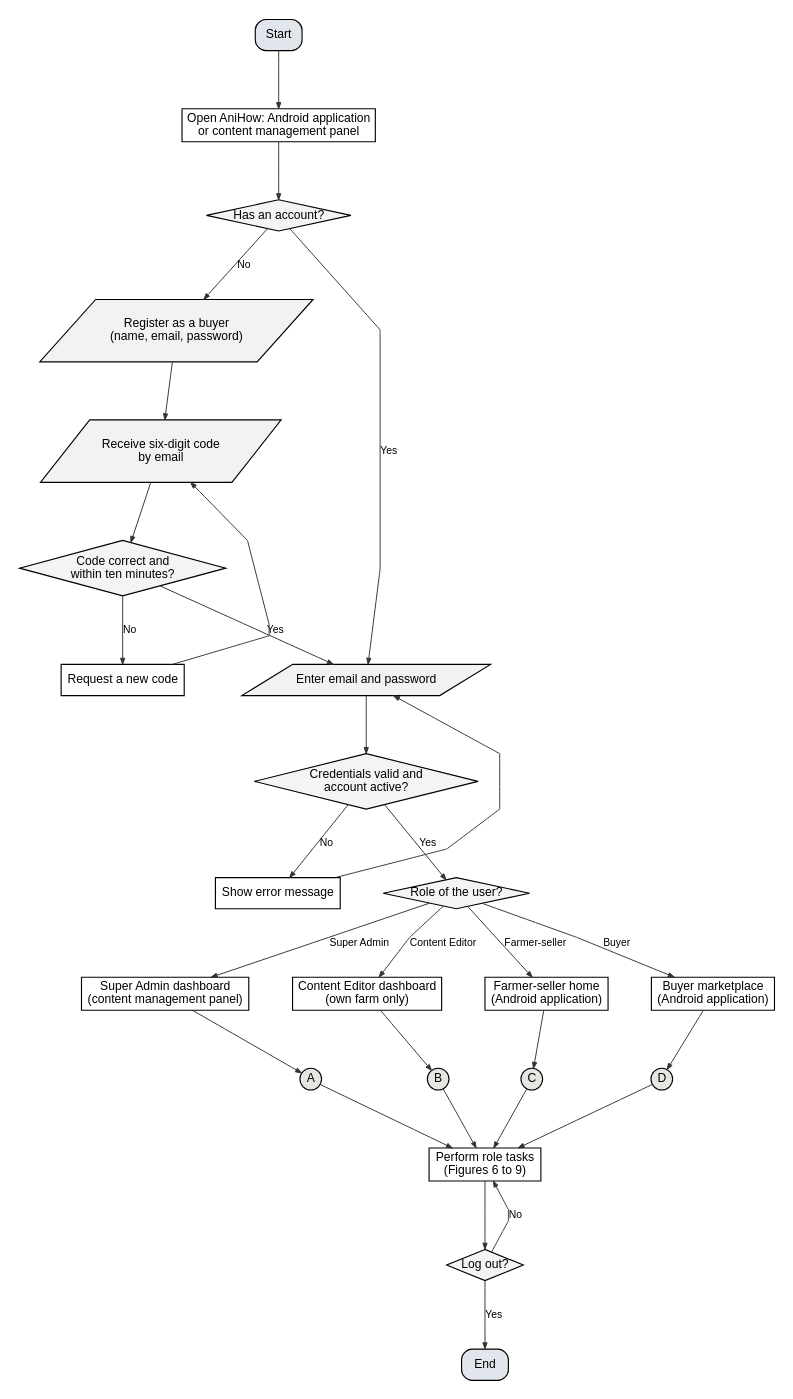
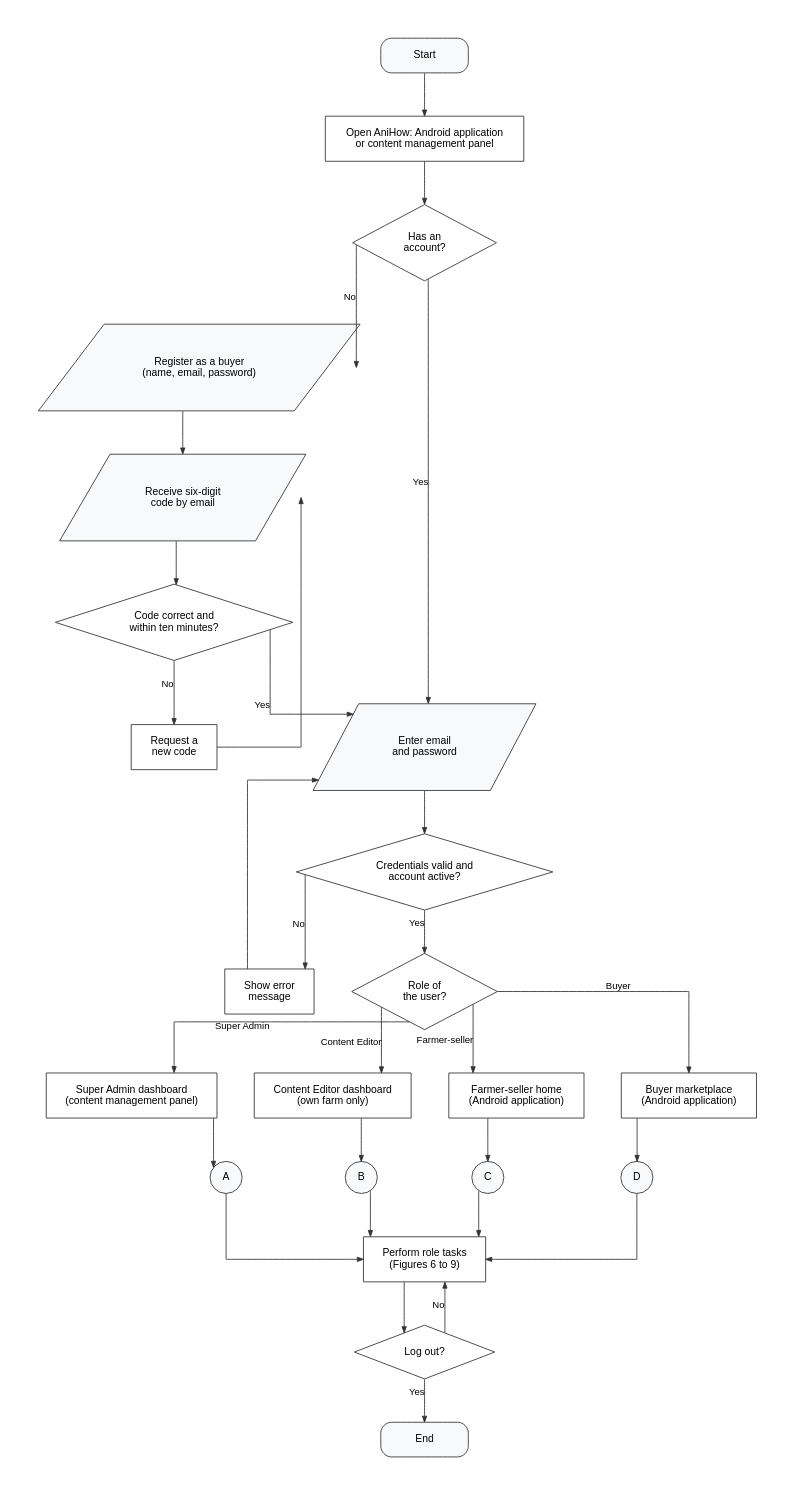
The diagram in docs/manuscript/figures/src/fig5a_flow_overall.dot (shawncastaneda11-commits/anihow-backend), drawn with Graphviz before and after one commit. The commit also changed 15 other files, not shown here.

First line of the commit message:
docs(manuscript): refactor Figure 5 to a publication-grade flowchart

```diff
--- a/docs/manuscript/figures/src/fig5a_flow_overall.dot
+++ b/docs/manuscript/figures/src/fig5a_flow_overall.dot
@@ -1,58 +1,66 @@
 digraph G {
-  graph [rankdir=TB, nodesep=0.45, ranksep=0.55, pad=0.2, fontname="Liberation Sans", newrank=true, splines=polyline];
-  node  [fontname="Liberation Sans", fontsize=14, penwidth=1.3, style=filled, fillcolor="#FFFFFF", margin="0.12,0.06"];
-  edge  [penwidth=1.1, arrowsize=0.7, color="#333333", fontname="Liberation Sans", fontsize=12];
-  graph [ranksep=0.9, nodesep=0.7];
-  s [shape=box, style="rounded,filled", fillcolor="#E1E6ED", label="Start"];
-  open [shape=box, label="Open AniHow: Android application\nor content management panel"];
-  acct [shape=diamond, fillcolor="#F4F4F4", label="Has an account?", margin="0.02,0.02"];
-  reg [shape=parallelogram, fillcolor="#F2F2F2", label="Register as a buyer\n(name, email, password)", margin="0.02,0.04"];
-  code [shape=parallelogram, fillcolor="#F2F2F2", label="Receive six-digit code\nby email", margin="0.02,0.04"];
-  valid [shape=diamond, fillcolor="#F4F4F4", label="Code correct and\nwithin ten minutes?", margin="0.02,0.02"];
-  resend [shape=box, label="Request a new code"];
-  login [shape=parallelogram, fillcolor="#F2F2F2", label="Enter email and password", margin="0.02,0.04"];
-  ok [shape=diamond, fillcolor="#F4F4F4", label="Credentials valid and\naccount active?", margin="0.02,0.02"];
-  err [shape=box, label="Show error message"];
-  role [shape=diamond, fillcolor="#F4F4F4", label="Role of the user?", margin="0.02,0.02"];
-  sa [shape=box, label="Super Admin dashboard\n(content management panel)"];
-  ce [shape=box, label="Content Editor dashboard\n(own farm only)"];
-  fs [shape=box, label="Farmer-seller home\n(Android application)"];
-  by [shape=box, label="Buyer marketplace\n(Android application)"];
-  csa [shape=circle, width=0.35, fixedsize=true, fillcolor="#E8E6E0", label="A"];
-  sa -> csa;
-  cce [shape=circle, width=0.35, fixedsize=true, fillcolor="#E8E6E0", label="B"];
-  ce -> cce;
-  cfs [shape=circle, width=0.35, fixedsize=true, fillcolor="#E8E6E0", label="C"];
-  fs -> cfs;
-  cby [shape=circle, width=0.35, fixedsize=true, fillcolor="#E8E6E0", label="D"];
-  by -> cby;
-  tasks [shape=box, label="Perform role tasks\n(Figures 6 to 9)"];
-  out [shape=diamond, fillcolor="#F4F4F4", label="Log out?", margin="0.02,0.02"];
-  end [shape=box, style="rounded,filled", fillcolor="#E1E6ED", label="End"];
+  graph [rankdir=TB, splines=ortho, nodesep=0.6, ranksep=0.7, pad=0.5, fontname="Liberation Sans", newrank=true, bgcolor="white"];
+  node  [fontname="Liberation Sans", fontsize=12, penwidth=1, color="#333333", style=filled, fillcolor="#FFFFFF"];
+  edge  [penwidth=1, arrowsize=0.7, color="#333333", fontname="Liberation Sans", fontsize=11];
+  s [shape=box, style="rounded,filled", fillcolor="#F8F9FA", width=1.4, height=0.55, label="Start"];
+  open [shape=box, margin="0.30,0.18", label="Open AniHow: Android application\nor content management panel"];
+  acct [shape=diamond, margin="0.24,0.12", label="Has an\naccount?"];
+  reg [shape=parallelogram, fillcolor="#F8F9FA", margin="0.34,0.16", label="Register as a buyer\n(name, email, password)"];
+  code [shape=parallelogram, fillcolor="#F8F9FA", margin="0.34,0.16", label="Receive six-digit\ncode by email"];
+  valid [shape=diamond, margin="0.24,0.12", label="Code correct and\nwithin ten minutes?"];
+  resend [shape=box, margin="0.30,0.18", label="Request a\nnew code"];
+  login [shape=parallelogram, fillcolor="#F8F9FA", margin="0.34,0.16", label="Enter email\nand password"];
+  ok [shape=diamond, margin="0.24,0.12", label="Credentials valid and\naccount active?"];
+  err [shape=box, margin="0.30,0.18", label="Show error\nmessage"];
+  role [shape=diamond, margin="0.24,0.12", label="Role of\nthe user?"];
+  sa [shape=box, margin="0.30,0.18", label="Super Admin dashboard\n(content management panel)"];
+  ce [shape=box, margin="0.30,0.18", label="Content Editor dashboard\n(own farm only)"];
+  fs [shape=box, margin="0.30,0.18", label="Farmer-seller home\n(Android application)"];
+  by [shape=box, margin="0.30,0.18", label="Buyer marketplace\n(Android application)"];
+  A [shape=circle, width=0.52, fixedsize=true, fillcolor="#F8F9FA", label="A"];
+  B [shape=circle, width=0.52, fixedsize=true, fillcolor="#F8F9FA", label="B"];
+  C [shape=circle, width=0.52, fixedsize=true, fillcolor="#F8F9FA", label="C"];
+  D [shape=circle, width=0.52, fixedsize=true, fillcolor="#F8F9FA", label="D"];
+  tasks [shape=box, margin="0.30,0.18", label="Perform role tasks\n(Figures 6 to 9)"];
+  out [shape=diamond, margin="0.24,0.12", label="Log out?"];
+  end [shape=box, style="rounded,filled", fillcolor="#F8F9FA", width=1.4, height=0.55, label="End"];
   s -> open;
   open -> acct;
-  acct -> reg [label="No"];
+  acct -> reg [xlabel="No"];
   reg -> code;
   code -> valid;
-  valid -> resend [label="No"];
+  valid -> resend [xlabel="No"];
   resend -> code [constraint=false];
-  valid -> login [label="Yes"];
-  acct -> login [label="Yes"];
+  valid -> login [xlabel="Yes"];
+  acct -> login [xlabel="Yes"];
   login -> ok;
-  ok -> err [label="No"];
+  ok -> err [xlabel="No"];
   err -> login [constraint=false];
-  ok -> role [label="Yes"];
-  role -> sa [label="Super Admin"];
-  role -> ce [label="Content Editor"];
-  role -> fs [label="Farmer-seller"];
-  role -> by [label="Buyer"];
-  csa -> tasks;
-  cce -> tasks;
-  cfs -> tasks;
-  cby -> tasks;
+  ok -> role [xlabel="Yes"];
+  role -> sa [xlabel="Super Admin"];
+  role -> ce [xlabel="Content Editor"];
+  role -> fs [xlabel="Farmer-seller"];
+  role -> by [xlabel="Buyer"];
+  sa -> A;
+  ce -> B;
+  fs -> C;
+  by -> D;
+  A -> tasks;
+  B -> tasks;
+  C -> tasks;
+  D -> tasks;
   tasks -> out;
-  out -> tasks [label="No", constraint=false];
-  out -> end [label="Yes"];
-  {rank=same; sa ce fs by}
-  {rank=same; csa cce cfs cby}
+  out -> tasks [xlabel="No", constraint=false];
+  out -> end [xlabel="Yes"];
+  {rank=same; sa; ce; fs; by}
+  {rank=same; A; B; C; D}
+  s [group=spine];
+  open [group=spine];
+  acct [group=spine];
+  login [group=spine];
+  ok [group=spine];
+  role [group=spine];
+  tasks [group=spine];
+  out [group=spine];
+  end [group=spine];
 }
```
